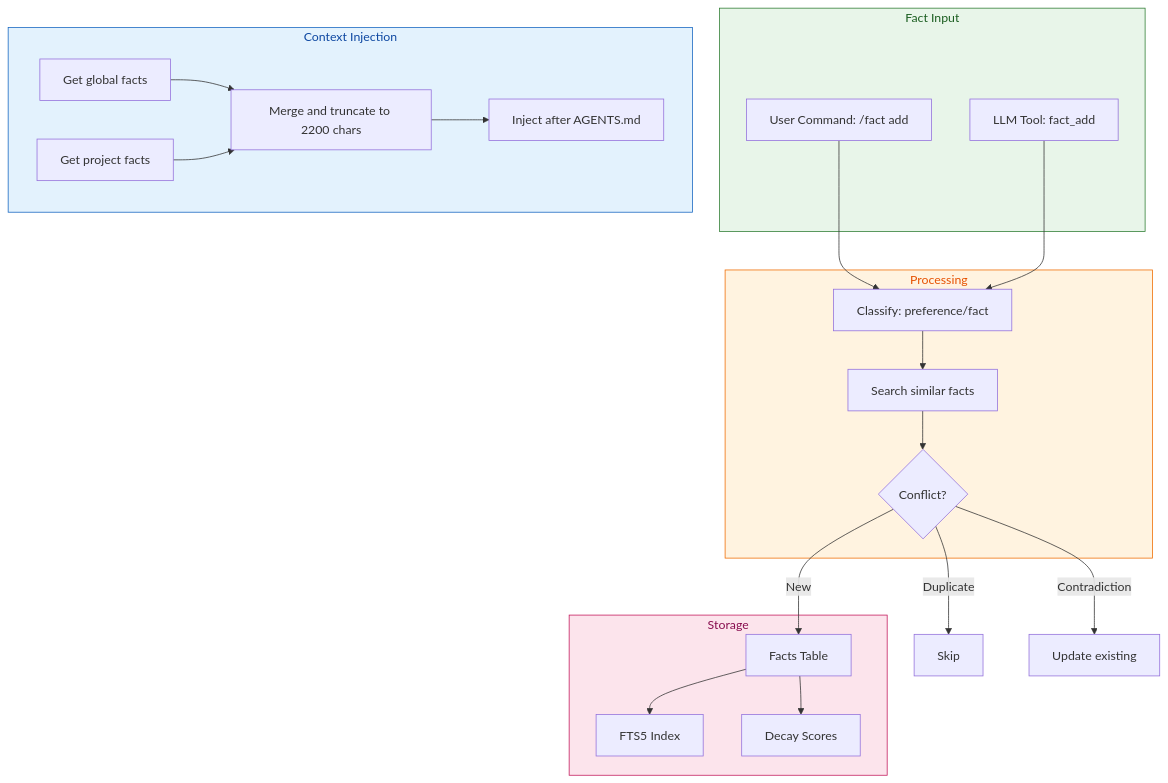
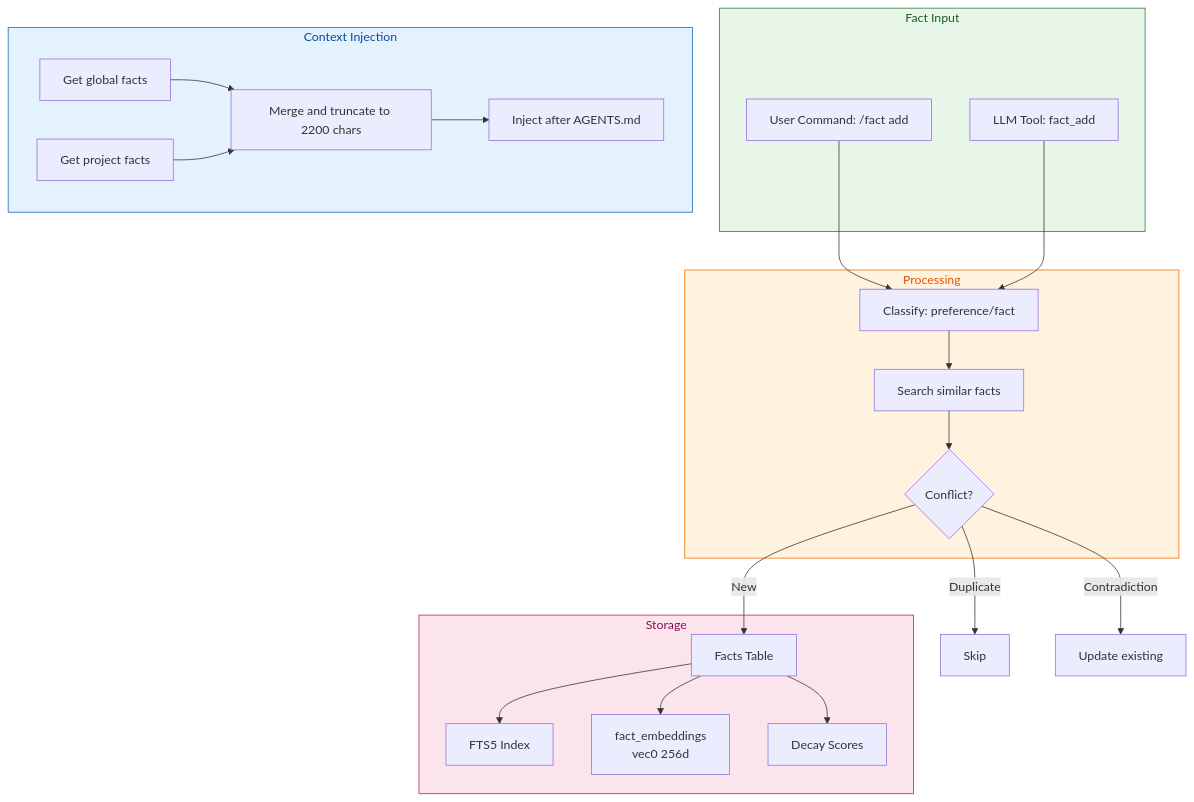
Before and after one commit to luksamuk/sprachspiel: the sixth of 9 diagrams in doc/src/development/memory-architecture.md, drawn with Mermaid. The commit also changed other lines of this file and 5 other files, not shown here.

````diff
--- a/doc/src/development/memory-architecture.md
+++ b/doc/src/development/memory-architecture.md
@@ -268,44 +270,46 @@
 ```mermaid
 graph TB
     subgraph Input["Fact Input"]
         U[User Command: /fact add]
         L[LLM Tool: fact_add]
     end
     
     subgraph Processing["Processing"]
         C[Classify: preference/fact]
         S[Search similar facts]
         R{Conflict?}
     end
     
     subgraph Storage["Storage"]
         F[Facts Table]
         FT[FTS5 Index]
+        FE[fact_embeddings<br/>vec0 256d]
         D[Decay Scores]
     end
     
     subgraph Injection["Context Injection"]
         G[Get global facts]
         P[Get project facts]
         M[Merge and truncate to 2200 chars]
         X[Inject after AGENTS.md]
     end
     
     U --> C
     L --> C
     C --> S
     S --> R
     R -->|Duplicate| SKIP[Skip]
     R -->|Contradiction| UPD[Update existing]
     R -->|New| F
     F --> FT
+    F --> FE
     F --> D
     G --> M
     P --> M
     M --> X
     
     style Input fill:#e8f5e9,stroke:#2e7d32,color:#1b5e20
     style Processing fill:#fff3e0,stroke:#ef6c00,color:#e65100
     style Storage fill:#fce4ec,stroke:#c2185b,color:#880e4f
     style Injection fill:#e3f2fd,stroke:#1565c0,color:#0d47a1
 ```
````
